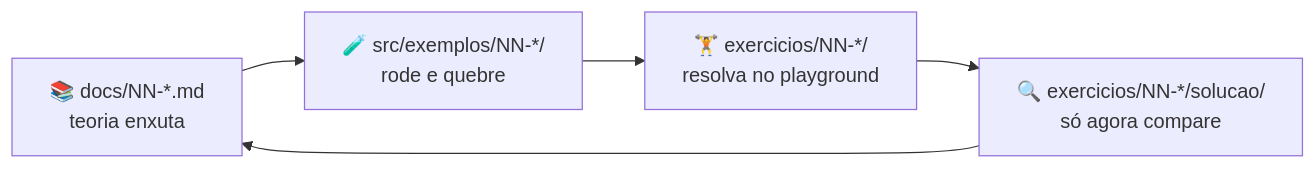
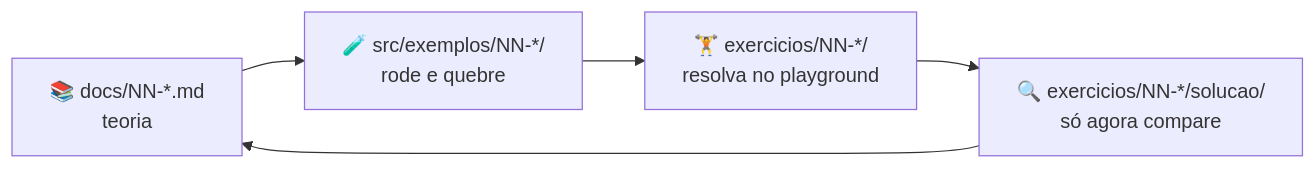
Before and after one commit to kessleru/Backend-express: the diagram in README.md, drawn with Mermaid. The commit also changed other lines of this file, not shown here.

````diff
--- a/README.md
+++ b/README.md
@@ -76,7 +58,7 @@
 ```mermaid
 flowchart LR
-    A["📚 docs/NN-*.md<br/>teoria enxuta"] --> B["🧪 src/exemplos/NN-*/<br/>rode e quebre"]
+    A["📚 docs/NN-*.md<br/>teoria"] --> B["🧪 src/exemplos/NN-*/<br/>rode e quebre"]
     B --> C["🏋️ exercicios/NN-*/<br/>resolva no playground"]
     C --> D["🔍 exercicios/NN-*/solucao/<br/>só agora compare"]
     D --> A
 ```
````
